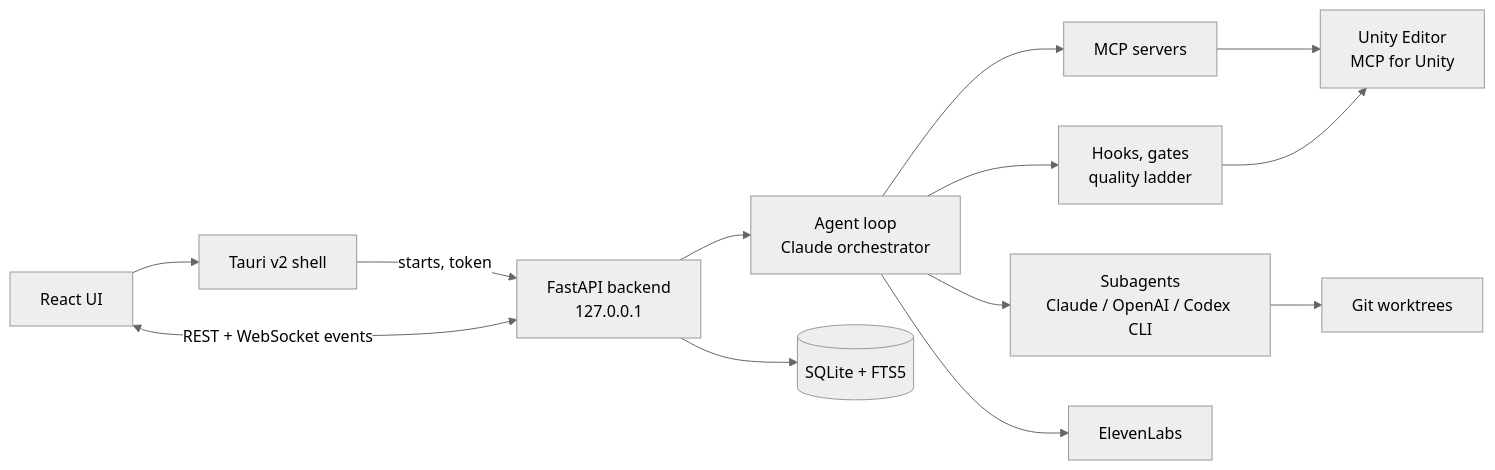
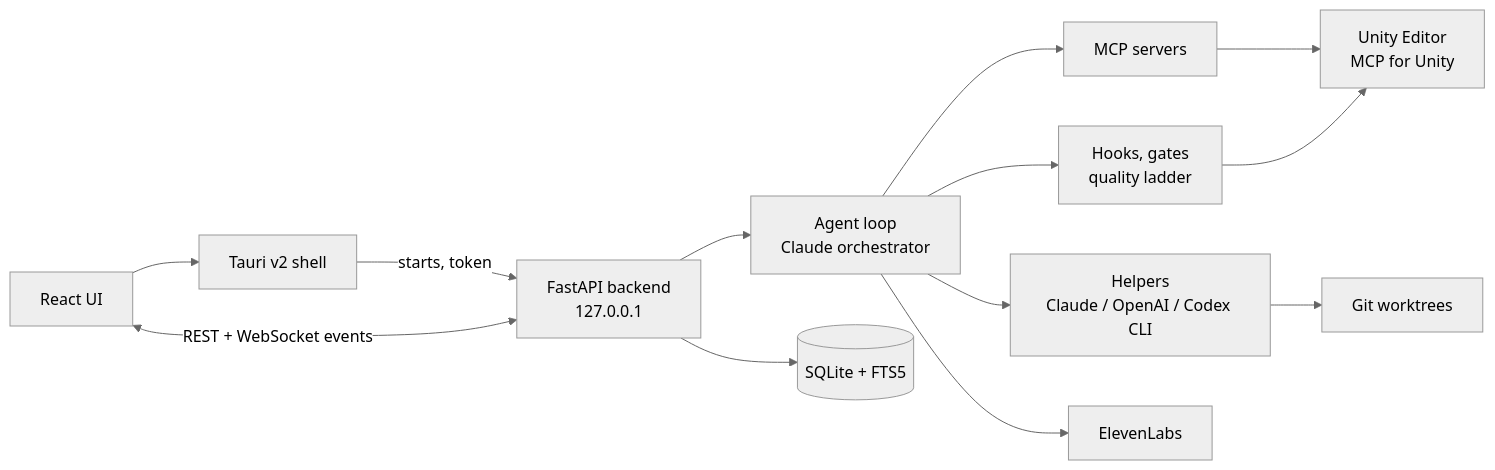
Before and after one commit to ArshiaJahan/GDH: the diagram in README.md, drawn with Mermaid (neutral theme). The commit also changed other lines of this file and 2 other files, not shown here.

````diff
--- a/README.md
+++ b/README.md
@@ -358,15 +334,15 @@
 ```mermaid
 flowchart LR
     UI["React UI"] --> Shell["Tauri v2 shell"]
     Shell -->|"starts, token"| API["FastAPI backend<br/>127.0.0.1"]
     UI <-->|"REST + WebSocket events"| API
     API --> Loop["Agent loop<br/>Claude orchestrator"]
     Loop --> Hooks["Hooks, gates<br/>quality ladder"]
-    Loop --> Subs["Subagents<br/>Claude / OpenAI / Codex CLI"]
+    Loop --> Subs["Helpers<br/>Claude / OpenAI / Codex CLI"]
     Loop --> MCP["MCP servers"]
     Loop --> EL["ElevenLabs"]
     Subs --> WT["Git worktrees"]
     MCP --> Unity["Unity Editor<br/>MCP for Unity"]
     Hooks --> Unity
     API --> DB[("SQLite + FTS5")]
 ```
````
